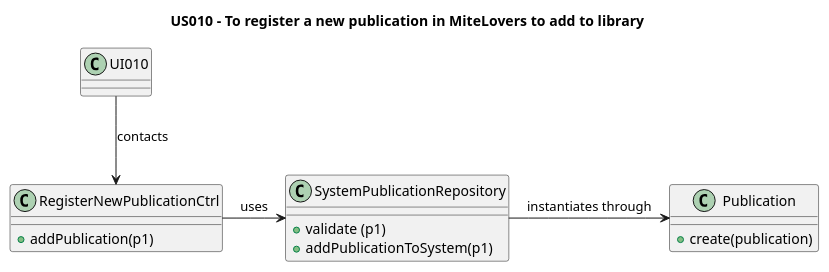
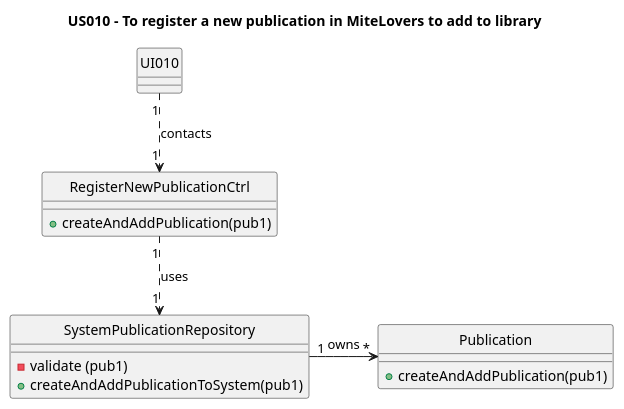
One commit to AndrePereiraGitH/SWitCH-Project-Team_A changed the diagram in Diagrams/ClassDiagrams/US010-to-register-a-publication-to-add-to-library.puml. Above: the diagram before and after it, drawn with PlantUML. The commit also changed 5 other files, not shown here.

```diff
--- a/Diagrams/ClassDiagrams/US010-to-register-a-publication-to-add-to-library.puml
+++ b/Diagrams/ClassDiagrams/US010-to-register-a-publication-to-add-to-library.puml
@@ -1,29 +1,30 @@
 @startuml
 title US010 - To register a new publication in MiteLovers to add to library
 
+hide circle
 
 class UI010 {
 }
 
 class RegisterNewPublicationCtrl {
-+addPublication(p1)
++createAndAddPublication(pub1)
 }
 
 class SystemPublicationRepository{
 
-+validate (p1)
-+addPublicationToSystem(p1)
+-validate (pub1)
++createAndAddPublicationToSystem(pub1)
 }
 
 class Publication {
-+create(publication)
++createAndAddPublication(pub1)
 }
 
 ' interactions
-UI010 --> RegisterNewPublicationCtrl : contacts
-RegisterNewPublicationCtrl -> SystemPublicationRepository : uses
-SystemPublicationRepository -> Publication : instantiates through
+UI010 "1" ..> "1" RegisterNewPublicationCtrl : contacts
+RegisterNewPublicationCtrl "1" ..> "1" SystemPublicationRepository : uses
+SystemPublicationRepository "1" -> "*" Publication : owns
 
-
+'missing cardinalities
 
 @enduml
```
